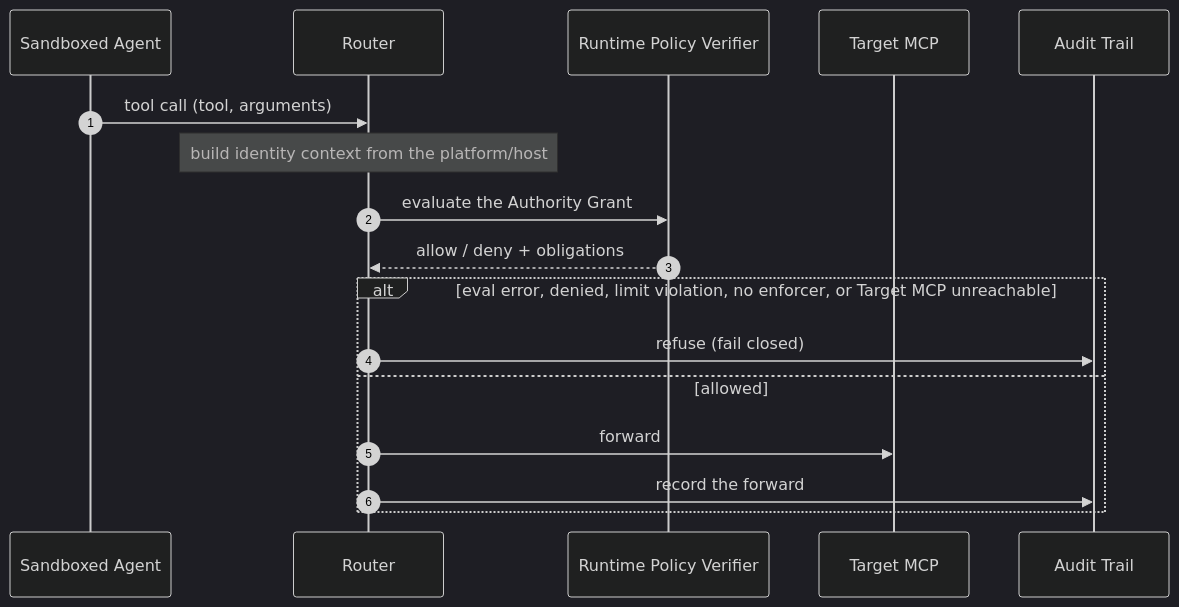
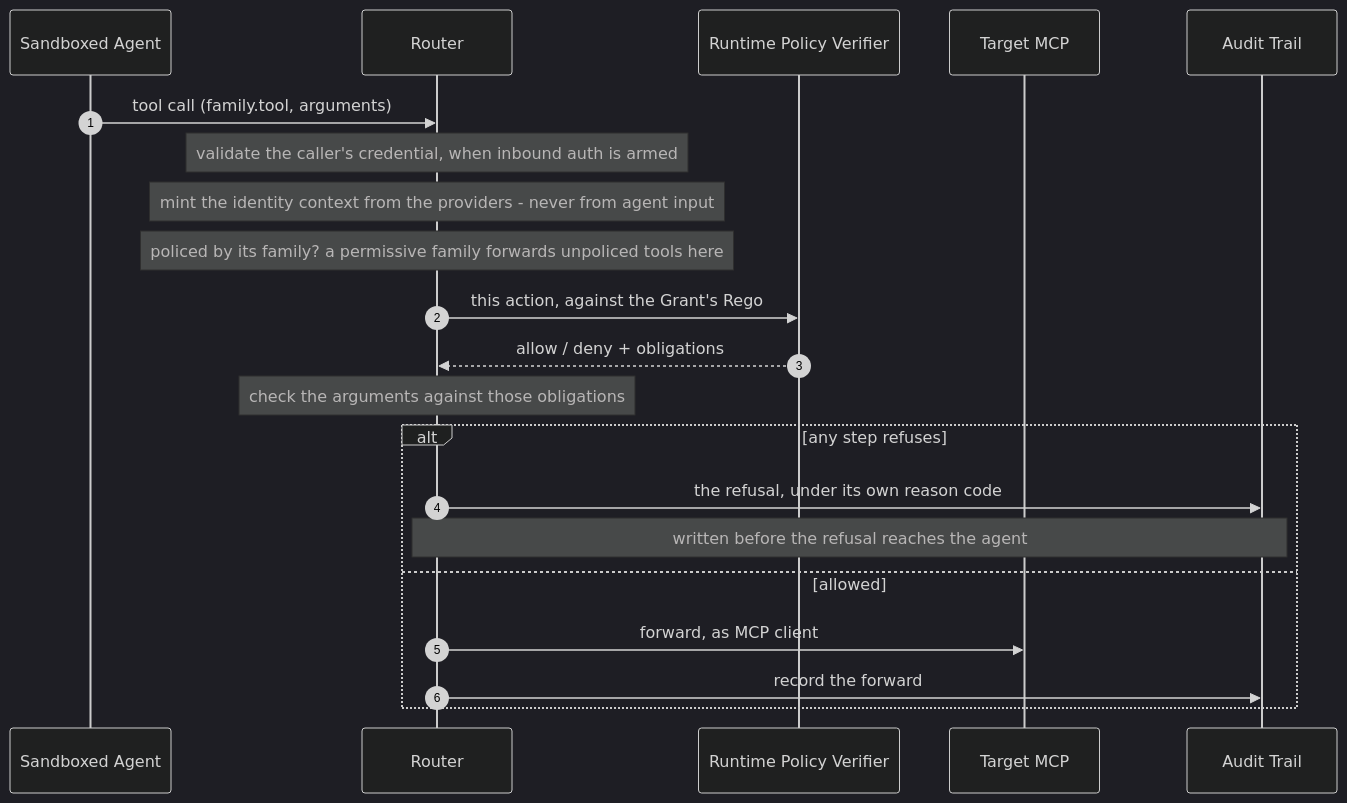
Before and after one commit to getglad/ws4-odis: the second of 4 diagrams in contract-harness/docs/run-modes.md, drawn with Mermaid (dark theme). The commit also changed other lines of this file and 5 other files, not shown here.

````diff
--- a/contract-harness/docs/run-modes.md
+++ b/contract-harness/docs/run-modes.md
@@ -90,20 +160,24 @@
 ```mermaid
 sequenceDiagram
     autonumber
     participant AG as Sandboxed Agent
     participant R as Router
     participant ENG as Runtime Policy Verifier
     participant V as Target MCP
     participant AUD as Audit Trail
 
-    AG->>R: tool call (tool, arguments)
-    Note over R: build identity context from the platform/host
-    R->>ENG: evaluate the Authority Grant
+    AG->>R: tool call (family.tool, arguments)
+    Note over R: validate the caller's credential, when inbound auth is armed
+    Note over R: mint the identity context from the providers - never from agent input
+    Note over R: policed by its family? a permissive family forwards unpoliced tools here
+    R->>ENG: this action, against the Grant's Rego
     ENG-->>R: allow / deny + obligations
-    alt eval error, denied, limit violation, no enforcer, or Target MCP unreachable
-        R->>AUD: refuse (fail closed)
+    Note over R: check the arguments against those obligations
+    alt any step refuses
+        R->>AUD: the refusal, under its own reason code
+        Note over R,AUD: written before the refusal reaches the agent
     else allowed
-        R->>V: forward
+        R->>V: forward, as MCP client
         R->>AUD: record the forward
     end
 ```
````
